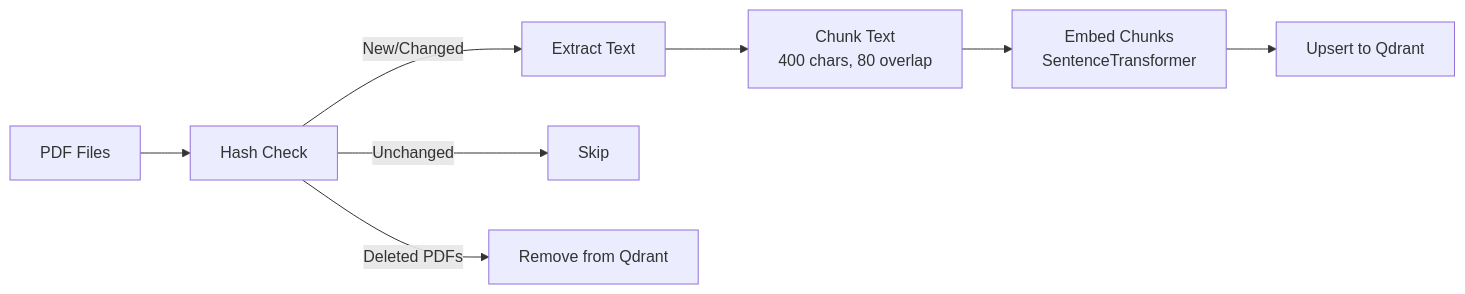
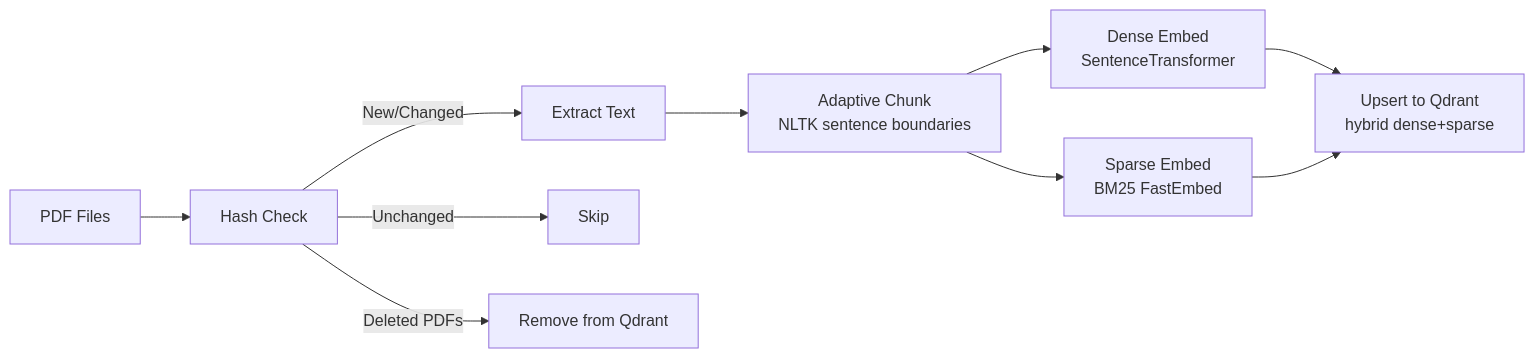
One commit to dev2180/rag-async-chat changed the second of 3 diagrams in readme.md. Above: the diagram before and after it, drawn with Mermaid. The commit also changed other lines of this file and 18 other files, not shown here.

First line of the commit message:
chore: RAG architecture documentation, test environment fixes, and optimizer robustness

````diff
--- a/readme.md
+++ b/readme.md
@@ -106,10 +136,12 @@
 ```mermaid
 graph LR
     A[PDF Files] --> B[Hash Check]
     B -->|New/Changed| C[Extract Text]
     B -->|Unchanged| D[Skip]
-    C --> E[Chunk Text<br>400 chars, 80 overlap]
-    E --> F[Embed Chunks<br>SentenceTransformer]
-    F --> G[Upsert to Qdrant]
+    C --> E[Adaptive Chunk<br>NLTK sentence boundaries]
+    E --> F1[Dense Embed<br>SentenceTransformer]
+    E --> F2[Sparse Embed<br>BM25 FastEmbed]
+    F1 --> G[Upsert to Qdrant<br>hybrid dense+sparse]
+    F2 --> G
     B -->|Deleted PDFs| H[Remove from Qdrant]
 ```
````
